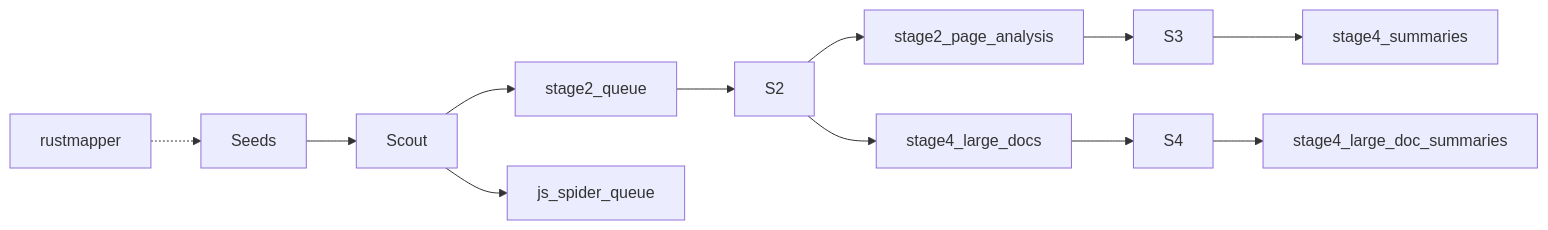
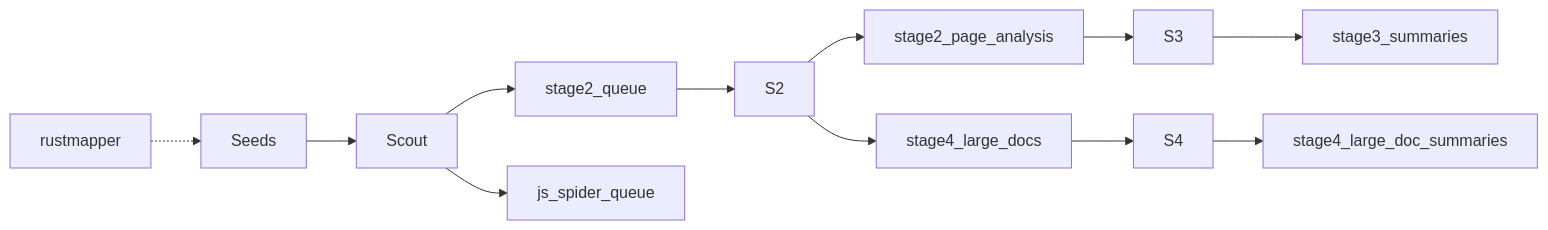
One commit to BenjaminSRussell/Scrapy changed the diagram in docs/STAGE_MAP.md. Above: the diagram before and after it, drawn with Mermaid. The commit also changed other lines of this file and 17 other files, not shown here.

````diff
--- a/docs/STAGE_MAP.md
+++ b/docs/STAGE_MAP.md
@@ -34,9 +34,9 @@
 ```mermaid
 graph LR
   Seeds --> Scout --> S2Q[stage2_queue] --> S2 --> S2A[stage2_page_analysis]
   Scout --> JSQ[js_spider_queue]
   S2 --> S4Q[stage4_large_docs]
-  S2A --> S3 --> Sum[stage4_summaries]
+  S2A --> S3 --> Sum[stage3_summaries]
   S4Q --> S4 --> LSum[stage4_large_doc_summaries]
   Rust[rustmapper] -.-> Seeds
 ```
````
